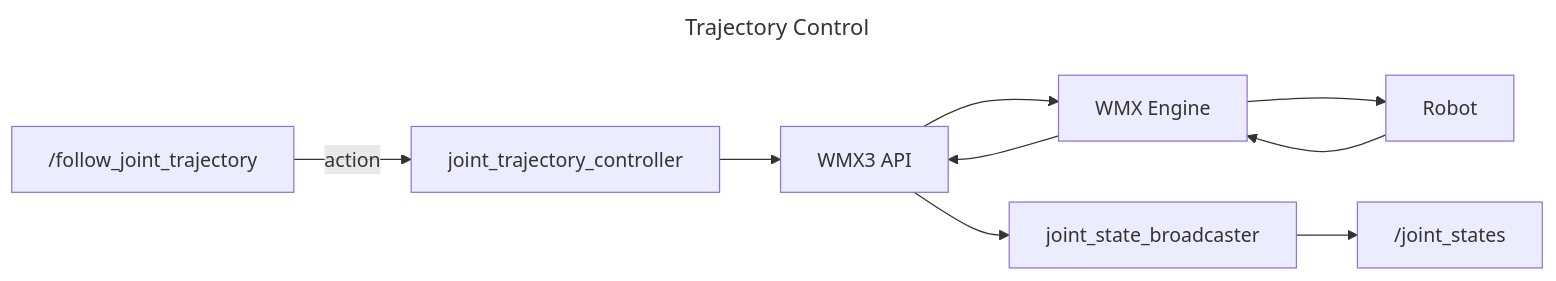
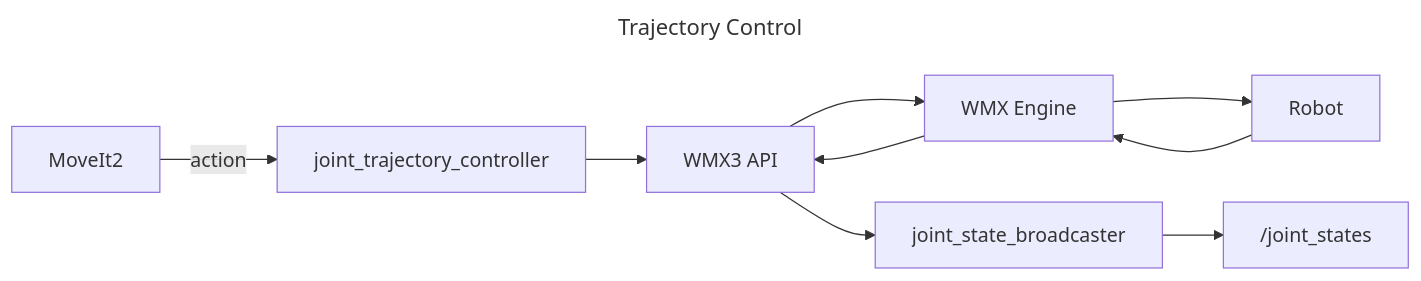
The second of 2 diagrams in README.md (movensys/wmx-ros2), drawn with Mermaid before and after one commit. The commit also changed other lines of this file, not shown here.

````diff
--- a/README.md
+++ b/README.md
@@ -32,14 +30,14 @@
 ```mermaid
 ---
 title: Trajectory Control
 ---
 flowchart LR;
-    A["/follow_joint_trajectory"] -->|action| B[joint_trajectory_controller];
+    A["MoveIt2"] -->|action| B[joint_trajectory_controller];
     B --> C[WMX3 API];
     C --> D[WMX Engine];
     D --> E[Robot];
     E --> D[WMX Engine];
     D --> C[WMX3 API];
     C --> F[joint_state_broadcaster];
     F --> G["/joint_states"];
 ```
````
